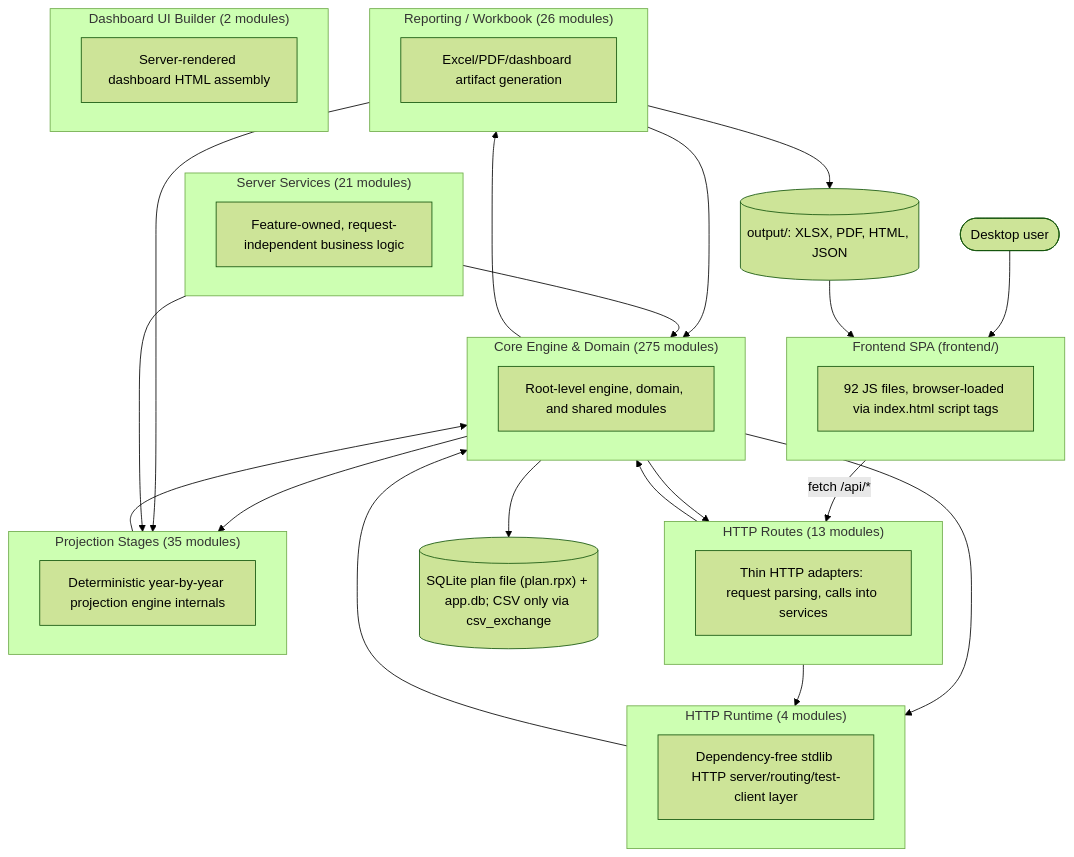
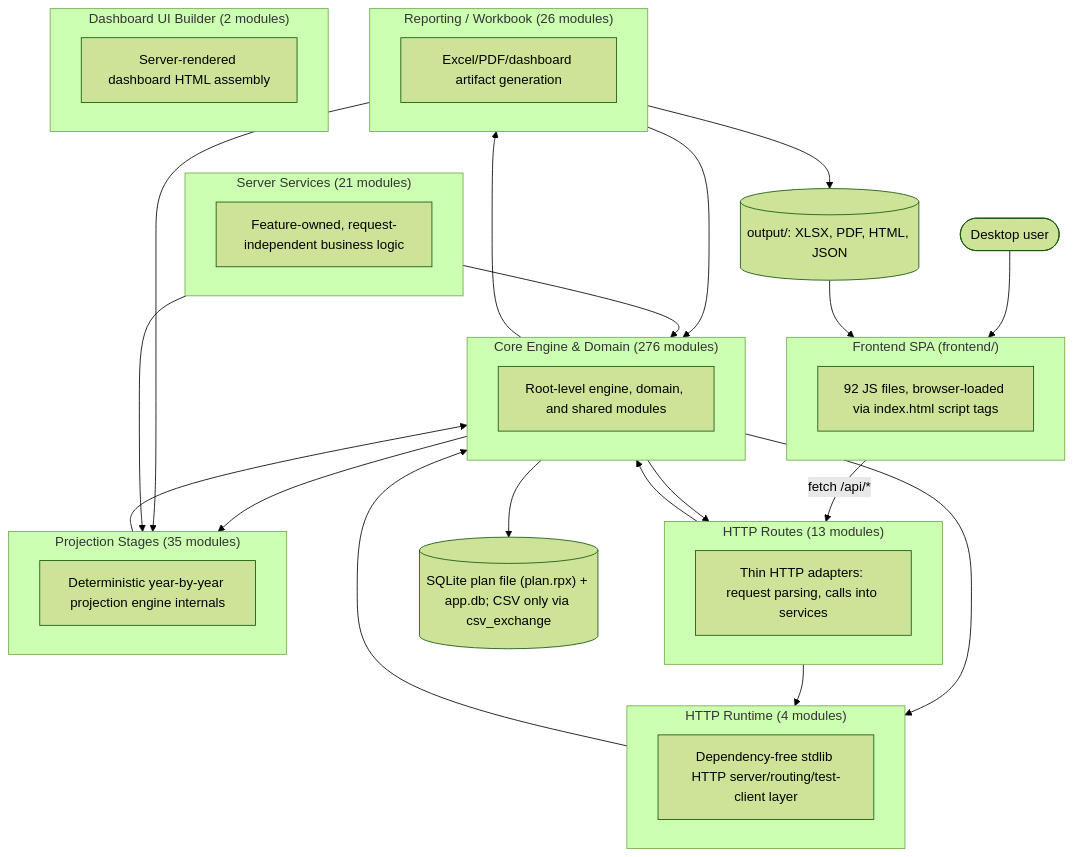
The first of 2 diagrams in documentation/reference/SYSTEM_ARCHITECTURE_DIAGRAM.md (matthartzman/retirement_system), drawn with Mermaid (forest theme) before and after one commit. The commit also changed other lines of this file, not shown here.

Commit message:
docs: regenerate system architecture diagram after merging main

````diff
--- a/documentation/reference/SYSTEM_ARCHITECTURE_DIAGRAM.md
+++ b/documentation/reference/SYSTEM_ARCHITECTURE_DIAGRAM.md
@@ -11,44 +11,44 @@
 ```mermaid
 flowchart TB
     User(["Desktop user"]) --> FE
     subgraph FE["Frontend SPA (frontend/)"]
         FEcount["92 JS files, browser-loaded via index.html script tags"]
     end
     FE -->|fetch /api/*| L_HTTP_Routes
     subgraph L_HTTP_Routes["HTTP Routes (13 modules)"]
         L_HTTP_Routes_d["Thin HTTP adapters: request parsing, calls into services"]
     end
     subgraph L_Server_Services["Server Services (21 modules)"]
         L_Server_Services_d["Feature-owned, request-independent business logic"]
     end
     subgraph L_HTTP_Runtime["HTTP Runtime (4 modules)"]
         L_HTTP_Runtime_d["Dependency-free stdlib HTTP server/routing/test-client layer"]
     end
-    subgraph L_Core_Engine___Domain["Core Engine & Domain (275 modules)"]
+    subgraph L_Core_Engine___Domain["Core Engine & Domain (276 modules)"]
         L_Core_Engine___Domain_d["Root-level engine, domain, and shared modules"]
     end
     subgraph L_Projection_Stages["Projection Stages (35 modules)"]
         L_Projection_Stages_d["Deterministic year-by-year projection engine internals"]
     end
     subgraph L_Reporting___Workbook["Reporting / Workbook (26 modules)"]
         L_Reporting___Workbook_d["Excel/PDF/dashboard artifact generation"]
     end
     subgraph L_Dashboard_UI_Builder["Dashboard UI Builder (2 modules)"]
         L_Dashboard_UI_Builder_d["Server-rendered dashboard HTML assembly"]
     end
     L_Core_Engine___Domain --> L_HTTP_Routes
     L_Core_Engine___Domain --> L_HTTP_Runtime
     L_Core_Engine___Domain --> L_Projection_Stages
     L_Core_Engine___Domain --> L_Reporting___Workbook
     L_HTTP_Routes --> L_Core_Engine___Domain
     L_HTTP_Routes --> L_HTTP_Runtime
     L_HTTP_Runtime --> L_Core_Engine___Domain
     L_Projection_Stages --> L_Core_Engine___Domain
     L_Reporting___Workbook --> L_Core_Engine___Domain
     L_Reporting___Workbook --> L_Projection_Stages
     L_Server_Services --> L_Core_Engine___Domain
     L_Server_Services --> L_Projection_Stages
     L_Core_Engine___Domain --> DB[("SQLite plan file (plan.rpx) + app.db; CSV only via csv_exchange")]
     L_Reporting___Workbook --> Outputs[("output/: XLSX, PDF, HTML, JSON")]
     Outputs --> FE
 ```
````
